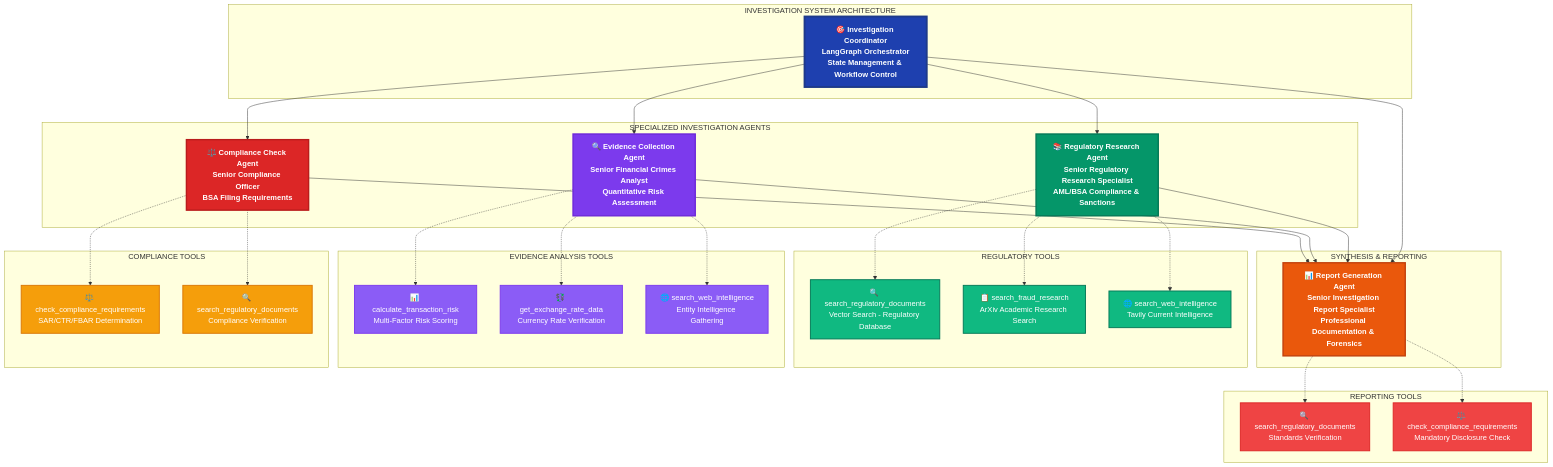
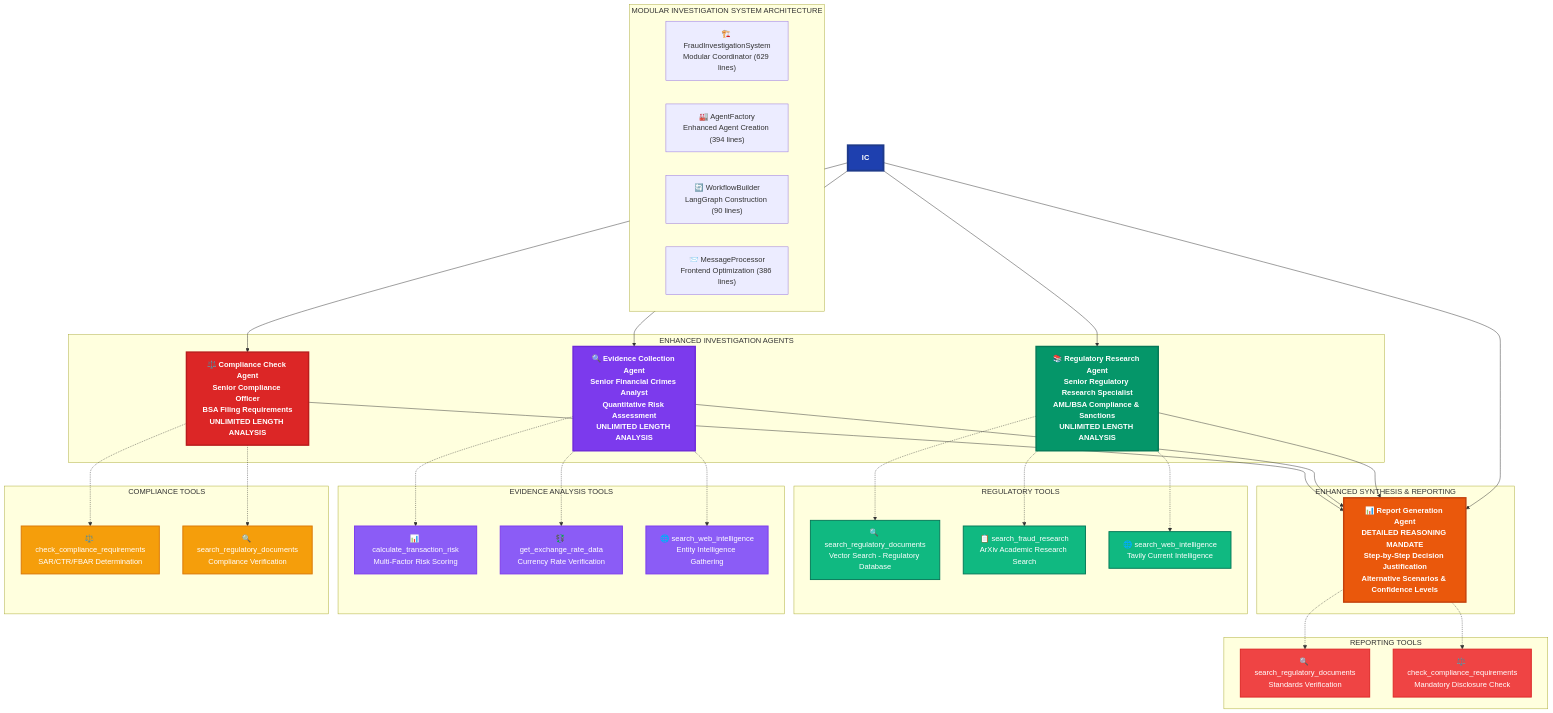
One commit to ovokpus/InvestigatorAI changed the second of 2 diagrams in docs/AGENT_PROMPTS.md. Above: the diagram before and after it, drawn with Mermaid. The commit also changed other lines of this file and 3 other files, not shown here.

````diff
--- a/docs/AGENT_PROMPTS.md
+++ b/docs/AGENT_PROMPTS.md
@@ -524,17 +532,20 @@
 ```mermaid
 graph TB
-    subgraph "INVESTIGATION SYSTEM ARCHITECTURE"
-        IC["🎯 Investigation Coordinator<br/>LangGraph Orchestrator<br/>State Management & Workflow Control"]
+    subgraph "MODULAR INVESTIGATION SYSTEM ARCHITECTURE"
+        FIS["🏗️ FraudInvestigationSystem<br/>Modular Coordinator (629 lines)"]
+        AF["🏭 AgentFactory<br/>Enhanced Agent Creation (394 lines)"]
+        WB["🔄 WorkflowBuilder<br/>LangGraph Construction (90 lines)"]
+        MP["📨 MessageProcessor<br/>Frontend Optimization (386 lines)"]
     end
     
-    subgraph "SPECIALIZED INVESTIGATION AGENTS"
-        RRA["📚 Regulatory Research Agent<br/>Senior Regulatory Research Specialist<br/>AML/BSA Compliance & Sanctions"]
-        ECA["🔍 Evidence Collection Agent<br/>Senior Financial Crimes Analyst<br/>Quantitative Risk Assessment"]
-        CCA["⚖️ Compliance Check Agent<br/>Senior Compliance Officer<br/>BSA Filing Requirements"]
+    subgraph "ENHANCED INVESTIGATION AGENTS"
+        RRA["📚 Regulatory Research Agent<br/>Senior Regulatory Research Specialist<br/>AML/BSA Compliance & Sanctions<br/>UNLIMITED LENGTH ANALYSIS"]
+        ECA["🔍 Evidence Collection Agent<br/>Senior Financial Crimes Analyst<br/>Quantitative Risk Assessment<br/>UNLIMITED LENGTH ANALYSIS"]
+        CCA["⚖️ Compliance Check Agent<br/>Senior Compliance Officer<br/>BSA Filing Requirements<br/>UNLIMITED LENGTH ANALYSIS"]
     end
     
-    subgraph "SYNTHESIS & REPORTING"
-        RGA["📊 Report Generation Agent<br/>Senior Investigation Report Specialist<br/>Professional Documentation & Forensics"]
+    subgraph "ENHANCED SYNTHESIS & REPORTING"
+        RGA["📊 Report Generation Agent<br/>DETAILED REASONING MANDATE<br/>Step-by-Step Decision Justification<br/>Alternative Scenarios & Confidence Levels"]
     end
     
     subgraph "REGULATORY TOOLS" 
````
